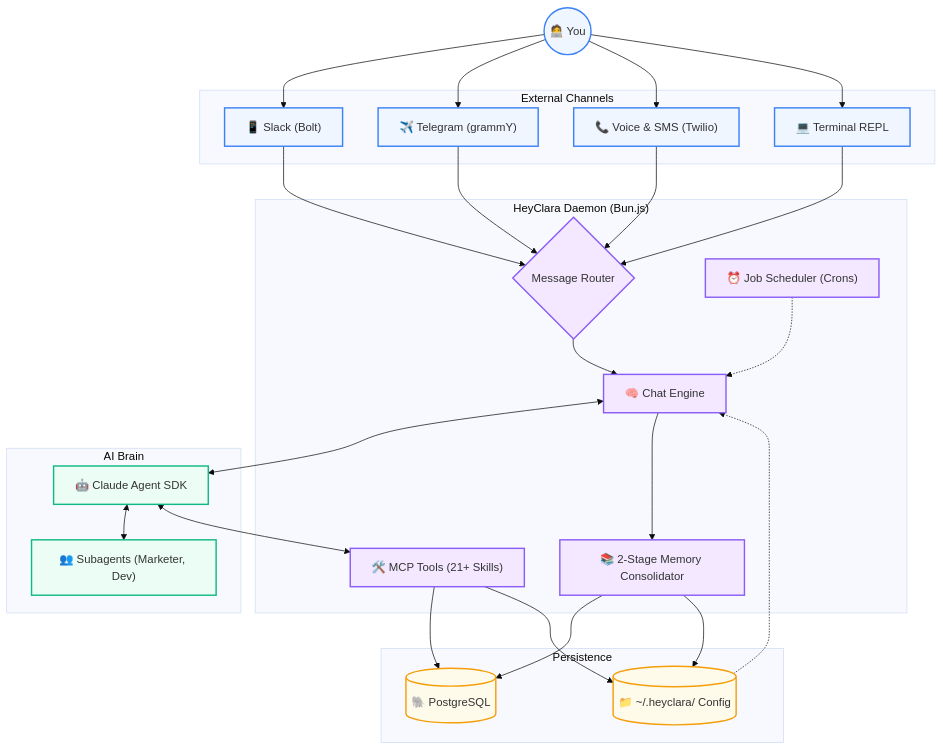
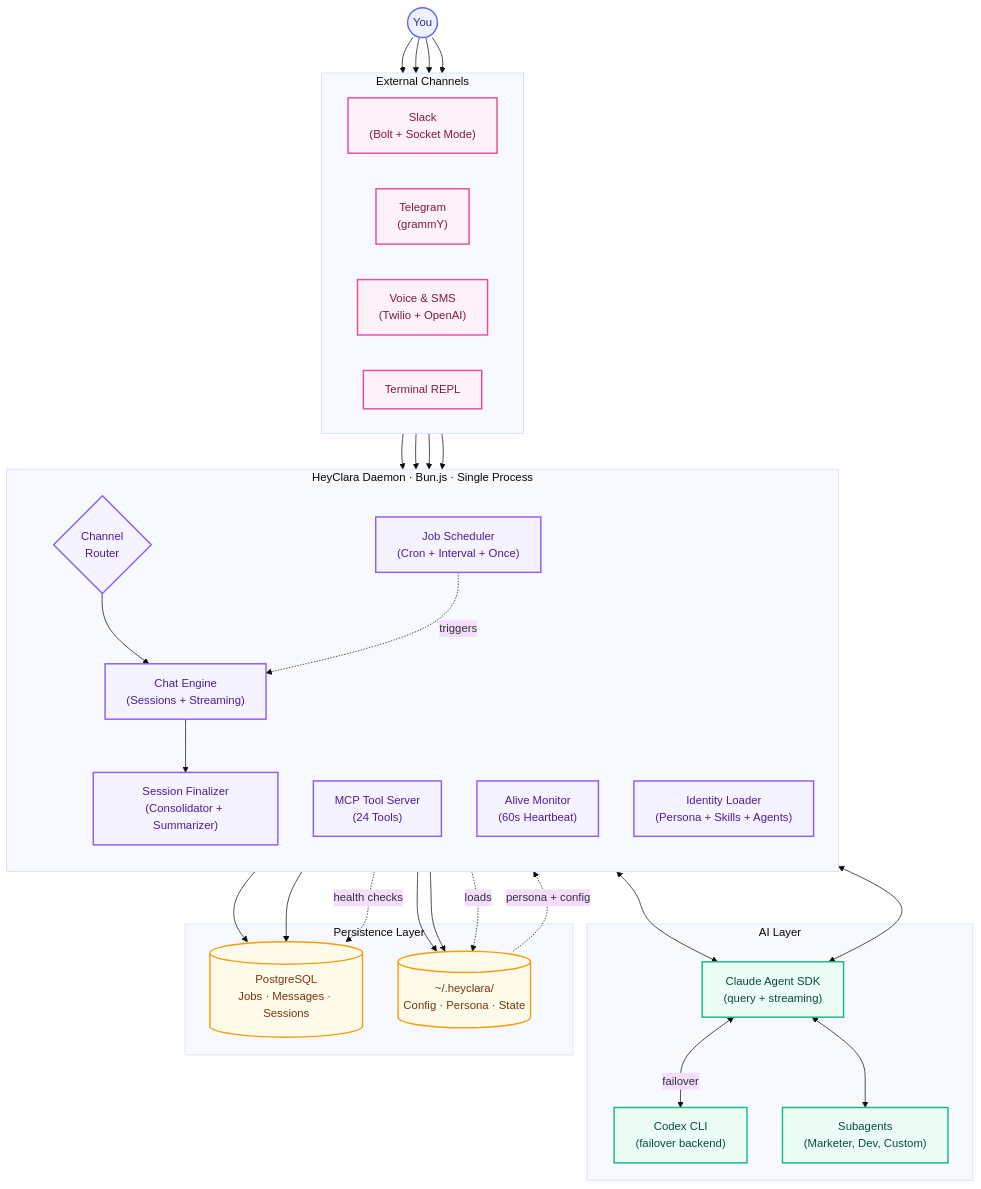
One commit to DevChiniwala/HeyClara changed the first of 7 diagrams in README.md. Above: the diagram before and after it, drawn with Mermaid (base theme). The commit also changed other lines of this file and 2 other files, not shown here.

First line of the commit message:
docs: comprehensive README rewrite with SVG architecture diagrams

````diff
--- a/README.md
+++ b/README.md
@@ -33,53 +66,58 @@
 ```mermaid
 graph TD
-    %% Styling
-    classDef user stroke-width:2px,stroke:#3b82f6,fill:#eff6ff
-    classDef daemon stroke-width:2px,stroke:#8b5cf6,fill:#f3e8ff
-    classDef ai stroke-width:2px,stroke:#10b981,fill:#ecfdf5
-    classDef db stroke-width:2px,stroke:#f59e0b,fill:#fffbeb
+    classDef user stroke-width:2px,stroke:#6366f1,fill:#eef2ff,color:#312e81
+    classDef daemon stroke-width:2px,stroke:#8b5cf6,fill:#f5f3ff,color:#4c1d95
+    classDef ai stroke-width:2px,stroke:#10b981,fill:#ecfdf5,color:#064e3b
+    classDef db stroke-width:2px,stroke:#f59e0b,fill:#fffbeb,color:#78350f
+    classDef channel stroke-width:2px,stroke:#ec4899,fill:#fdf2f8,color:#831843
 
-    %% Nodes
-    User(("🧑‍💻 You")):::user
-    
-    subgraph "External Channels"
-        Slack["📱 Slack (Bolt)"]:::user
-        Telegram["✈️ Telegram (grammY)"]:::user
-        Voice["📞 Voice & SMS (Twilio)"]:::user
-        CLI["💻 Terminal REPL"]:::user
+    User(("You")):::user
+
+    subgraph Channels["External Channels"]
+        direction LR
+        Slack["Slack<br/>(Bolt + Socket Mode)"]:::channel
+        Telegram["Telegram<br/>(grammY)"]:::channel
+        Voice["Voice & SMS<br/>(Twilio + OpenAI)"]:::channel
+        CLI["Terminal REPL"]:::channel
     end
 
-    subgraph "HeyClara Daemon (Bun.js)"
-        Router{"Message Router"}:::daemon
-        Engine["🧠 Chat Engine"]:::daemon
-        Scheduler["⏰ Job Scheduler (Crons)"]:::daemon
-        MCP["🛠️ MCP Tools (21+ Skills)"]:::daemon
-        Memory["📚 2-Stage Memory Consolidator"]:::daemon
-    end
-    
-    subgraph "AI Brain"
-        Claude["🤖 Claude Agent SDK"]:::ai
-        Agents["👥 Subagents (Marketer, Dev)"]:::ai
+    subgraph Daemon["HeyClara Daemon · Bun.js · Single Process"]
+        direction TB
+        Router{"Channel<br/>Router"}:::daemon
+        Engine["Chat Engine<br/>(Sessions + Streaming)"]:::daemon
+        Scheduler["Job Scheduler<br/>(Cron + Interval + Once)"]:::daemon
+        MCP["MCP Tool Server<br/>(24 Tools)"]:::daemon
+        Finalizer["Session Finalizer<br/>(Consolidator + Summarizer)"]:::daemon
+        Alive["Alive Monitor<br/>(60s Heartbeat)"]:::daemon
+        Identity["Identity Loader<br/>(Persona + Skills + Agents)"]:::daemon
     end
 
-    subgraph "Persistence"
-        PG[("🐘 PostgreSQL")]:::db
-        FS[("📁 ~/.heyclara/ Config")]:::db
+    subgraph AI["AI Layer"]
+        Claude["Claude Agent SDK<br/>(query + streaming)"]:::ai
+        Codex["Codex CLI<br/>(failover backend)"]:::ai
+        Agents["Subagents<br/>(Marketer, Dev, Custom)"]:::ai
     end
 
-    %% Connections
+    subgraph Persistence["Persistence Layer"]
+        PG[("PostgreSQL<br/>Jobs · Messages · Sessions")]:::db
+        FS[("~/.heyclara/<br/>Config · Persona · State")]:::db
+    end
+
     User --> Slack & Telegram & Voice & CLI
     Slack & Telegram & Voice & CLI --> Router
     Router --> Engine
-    Scheduler -.-> Engine
-    
+    Scheduler -.->|triggers| Engine
+
     Engine <--> Claude
+    Claude <-->|failover| Codex
     Claude <--> Agents
     Claude <--> MCP
-    
-    Engine --> Memory
-    Memory --> PG & FS
+
+    Engine --> Finalizer
+    Finalizer --> PG & FS
     MCP --> PG & FS
-    
-    %% Config Loading
-    FS -.-> Engine
+    Alive -.->|health checks| PG
+    Identity -.->|loads| FS
+
+    FS -.->|persona + config| Engine
 ```
````
